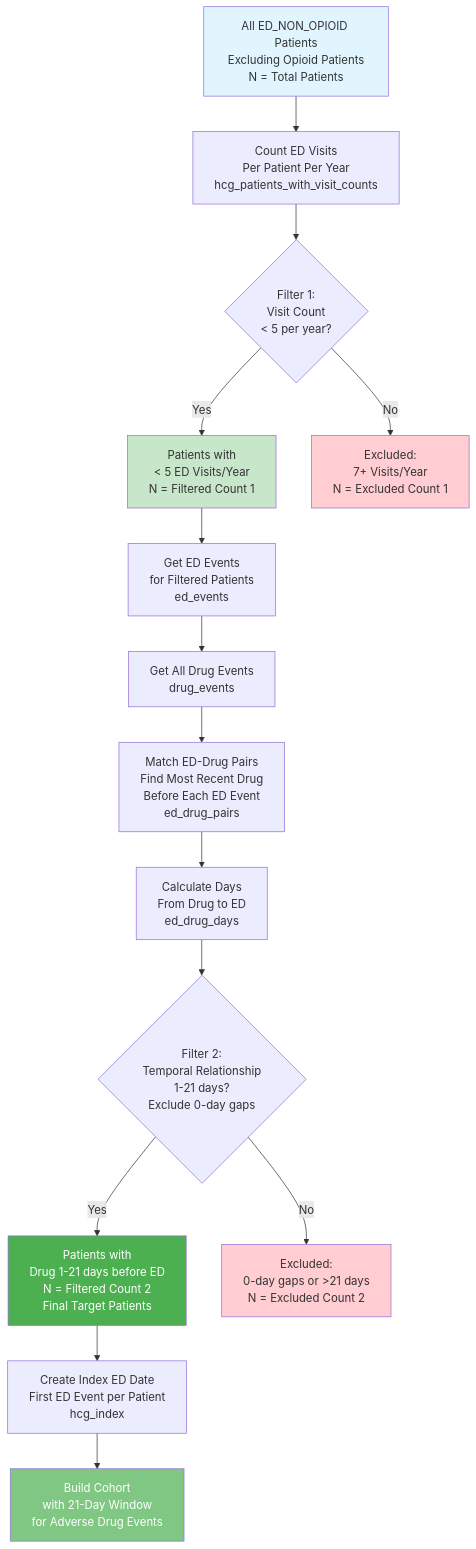
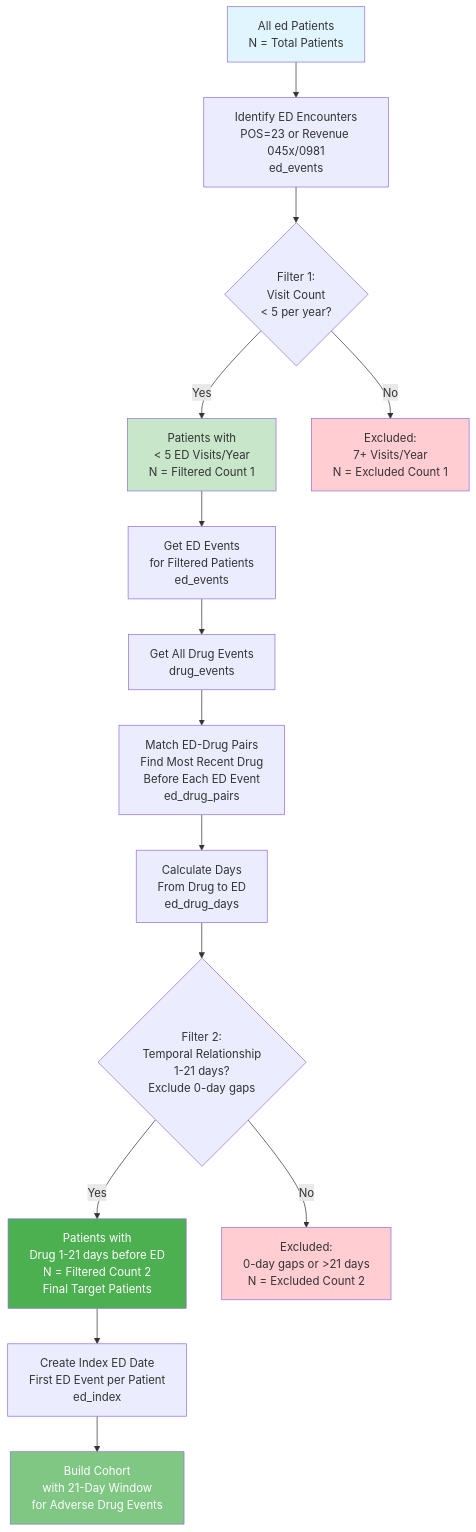
The diagram in 2_create_cohort/README.md (Jerome3590/cpic_time_to_event_analysis), drawn with Mermaid before and after one commit. The commit also changed other lines of this file and 16 other files, not shown here.

````diff
--- a/2_create_cohort/README.md
+++ b/2_create_cohort/README.md
@@ -215,23 +214,23 @@
 ```mermaid
 flowchart TD
-    A[All ED_NON_OPIOID Patients<br/>Excluding Opioid Patients<br/>N = Total Patients] --> B[Count ED Visits<br/>Per Patient Per Year<br/>hcg_patients_with_visit_counts]
+    A[All ed Patients<br/>N = Total Patients] --> B[Identify ED Encounters<br/>POS=23 or Revenue 045x/0981<br/>ed_events]
     B --> C{Filter 1:<br/>Visit Count<br/>< 5 per year?}
     C -->|Yes| D[Patients with<br/>< 5 ED Visits/Year<br/>N = Filtered Count 1]
     C -->|No| E[Excluded:<br/>7+ Visits/Year<br/>N = Excluded Count 1]
     D --> F[Get ED Events<br/>for Filtered Patients<br/>ed_events]
     F --> G[Get All Drug Events<br/>drug_events]
     G --> H[Match ED-Drug Pairs<br/>Find Most Recent Drug<br/>Before Each ED Event<br/>ed_drug_pairs]
     H --> I[Calculate Days<br/>From Drug to ED<br/>ed_drug_days]
     I --> J{Filter 2:<br/>Temporal Relationship<br/>1-21 days?<br/>Exclude 0-day gaps}
     J -->|Yes| K[Patients with<br/>Drug 1-21 days before ED<br/>N = Filtered Count 2<br/>Final Target Patients]
     J -->|No| L[Excluded:<br/>0-day gaps or >21 days<br/>N = Excluded Count 2]
-    K --> M[Create Index ED Date<br/>First ED Event per Patient<br/>hcg_index]
+    K --> M[Create Index ED Date<br/>First ED Event per Patient<br/>ed_index]
     M --> N[Build Cohort<br/>with 21-Day Window<br/>for Adverse Drug Events]
 
     style A fill:#e1f5ff
     style D fill:#c8e6c9
     style K fill:#4caf50,color:#fff
     style E fill:#ffcdd2
     style L fill:#ffcdd2
     style N fill:#81c784,color:#fff
 ```
````
